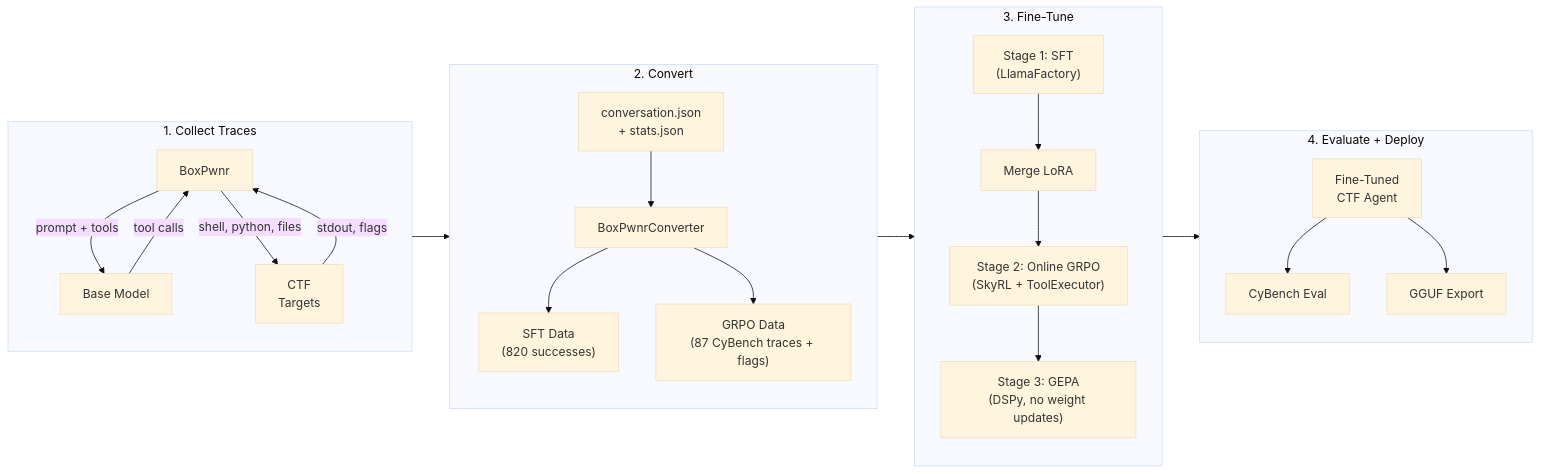
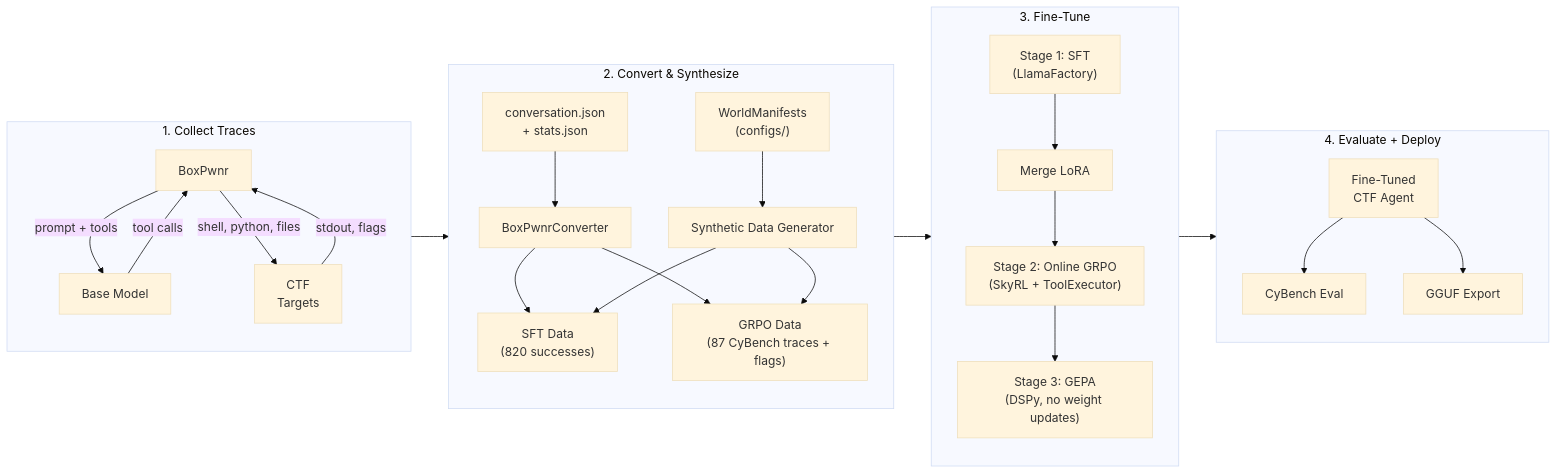
Before and after one commit to westonbrown/open-ctf-env: the first of 2 diagrams in README.md, drawn with Mermaid (base theme). The commit also changed other lines of this file and 69 other files, not shown here.

````diff
--- a/README.md
+++ b/README.md
@@ -18,29 +18,33 @@
 ```mermaid
 flowchart LR
     subgraph collect["1. Collect Traces"]
         scaffold["BoxPwnr"] -- "prompt + tools" --> llm["Base Model"]
         llm -- "tool calls" --> scaffold
         scaffold -- "shell, python, files" --> challenges["CTF\nTargets"]
         challenges -- "stdout, flags" --> scaffold
     end
 
-    subgraph convert["2. Convert"]
+    subgraph convert["2. Convert & Synthesize"]
         traces["conversation.json\n+ stats.json"] --> converter["BoxPwnrConverter"]
         converter --> sft_data["SFT Data\n(820 successes)"]
         converter --> grpo_data["GRPO Data\n(87 CyBench traces + flags)"]
+
+        synth_manifest["WorldManifests\n(configs/)"] --> synth["Synthetic Data Generator"]
+        synth --> sft_data
+        synth --> grpo_data
     end
 
     subgraph train["3. Fine-Tune"]
         direction TB
         sft["Stage 1: SFT\n(LlamaFactory)"] --> merge["Merge LoRA"]
         merge --> grpo["Stage 2: Online GRPO\n(SkyRL + ToolExecutor)"]
         grpo --> gepa["Stage 3: GEPA\n(DSPy, no weight updates)"]
     end
 
     subgraph deploy["4. Evaluate + Deploy"]
         eval_model["Fine-Tuned\nCTF Agent"] --> eval_bench["CyBench Eval"]
         eval_model --> export["GGUF Export"]
     end
 
     collect --> convert --> train --> deploy
 ```
````
